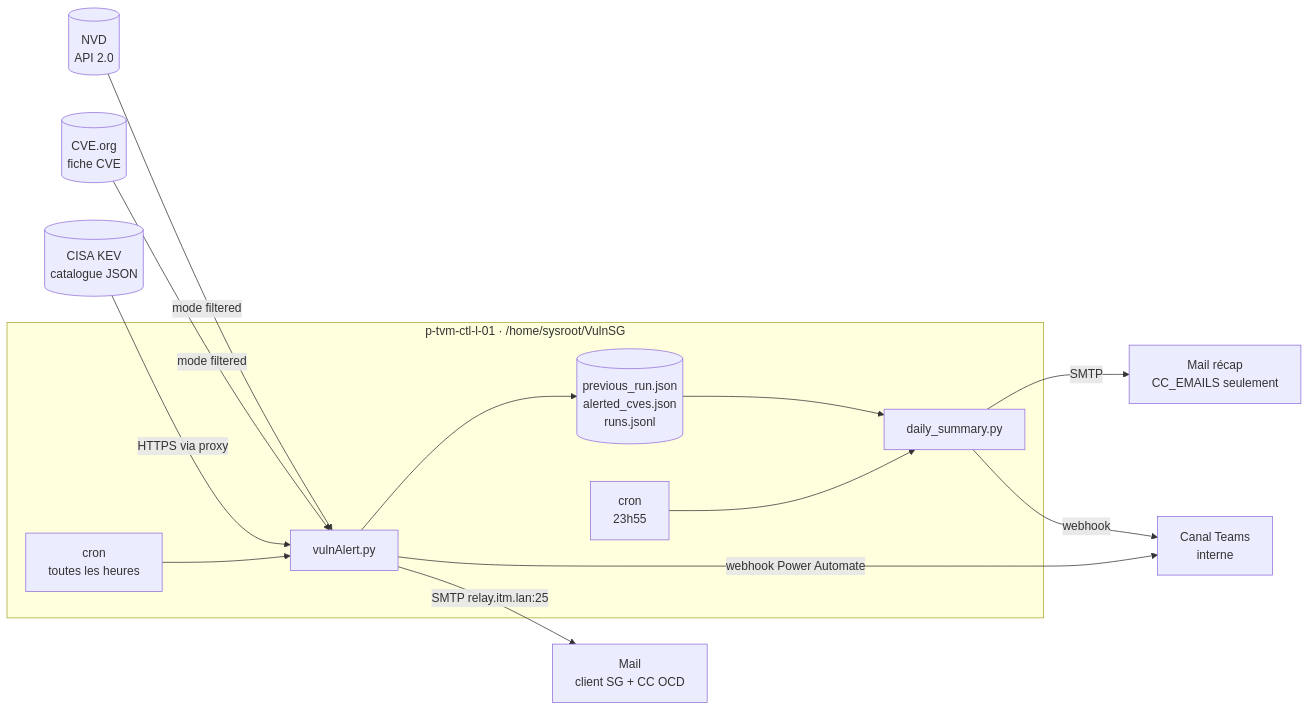
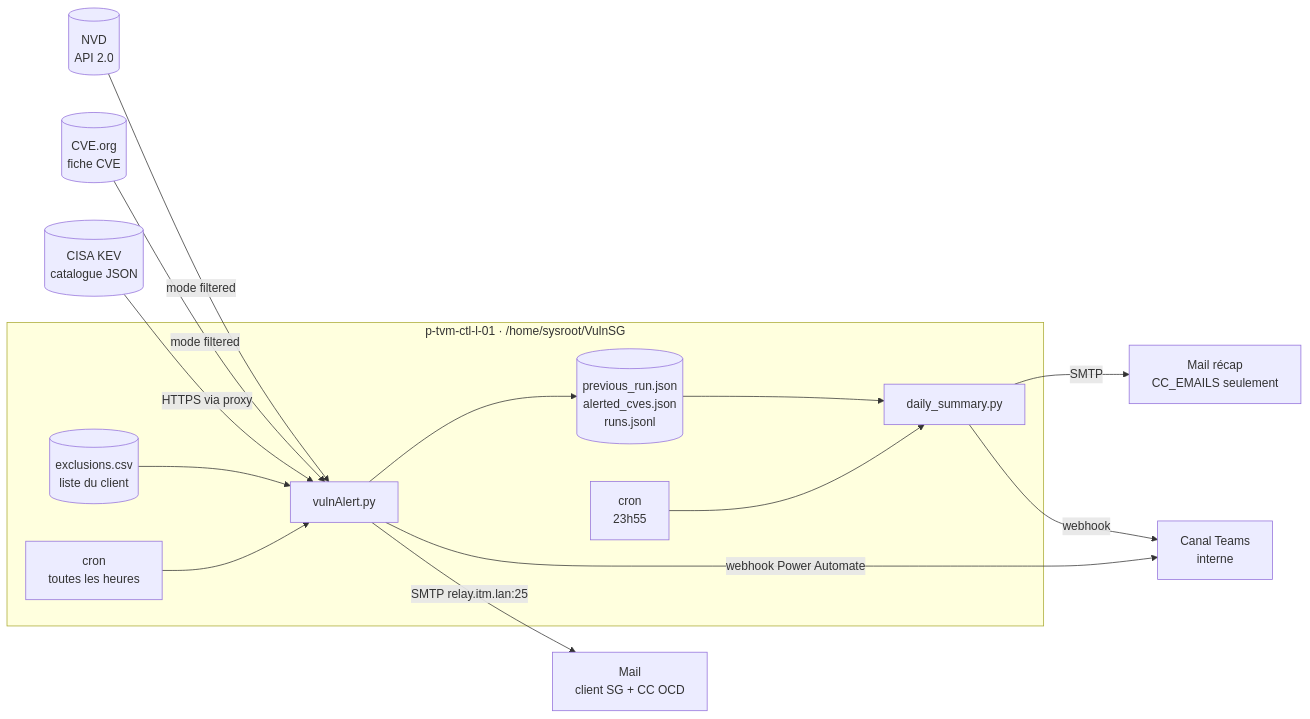
One commit to Ahmed94120/VulnSearch changed the first of 9 diagrams in README.md. Above: the diagram before and after it, drawn with Mermaid. The commit also changed other lines of this file and 5 other files, not shown here.

````diff
--- a/README.md
+++ b/README.md
@@ -22,22 +23,23 @@
 ```mermaid
 flowchart LR
     CISA[("CISA KEV<br/>catalogue JSON")]
     CVEORG[("CVE.org<br/>fiche CVE")]
     NVD[("NVD<br/>API 2.0")]
 
     subgraph SRV["p-tvm-ctl-l-01 · /home/sysroot/VulnSG"]
         CRON["cron<br/>toutes les heures"] --> ALERT["vulnAlert.py"]
         CRON2["cron<br/>23h55"] --> SUM["daily_summary.py"]
+        EXCL[("exclusions.csv<br/>liste du client")] --> ALERT
         ALERT --> STATE[("previous_run.json<br/>alerted_cves.json<br/>runs.jsonl")]
         STATE --> SUM
     end
 
     CISA -->|"HTTPS via proxy"| ALERT
     CVEORG -->|"mode filtered"| ALERT
     NVD -->|"mode filtered"| ALERT
 
     ALERT -->|"SMTP relay.itm.lan:25"| MAIL["Mail<br/>client SG + CC OCD"]
     ALERT -->|"webhook Power Automate"| TEAMS["Canal Teams<br/>interne"]
     SUM -->|"SMTP"| MAILINT["Mail récap<br/>CC_EMAILS seulement"]
     SUM -->|"webhook"| TEAMS
 ```
````
